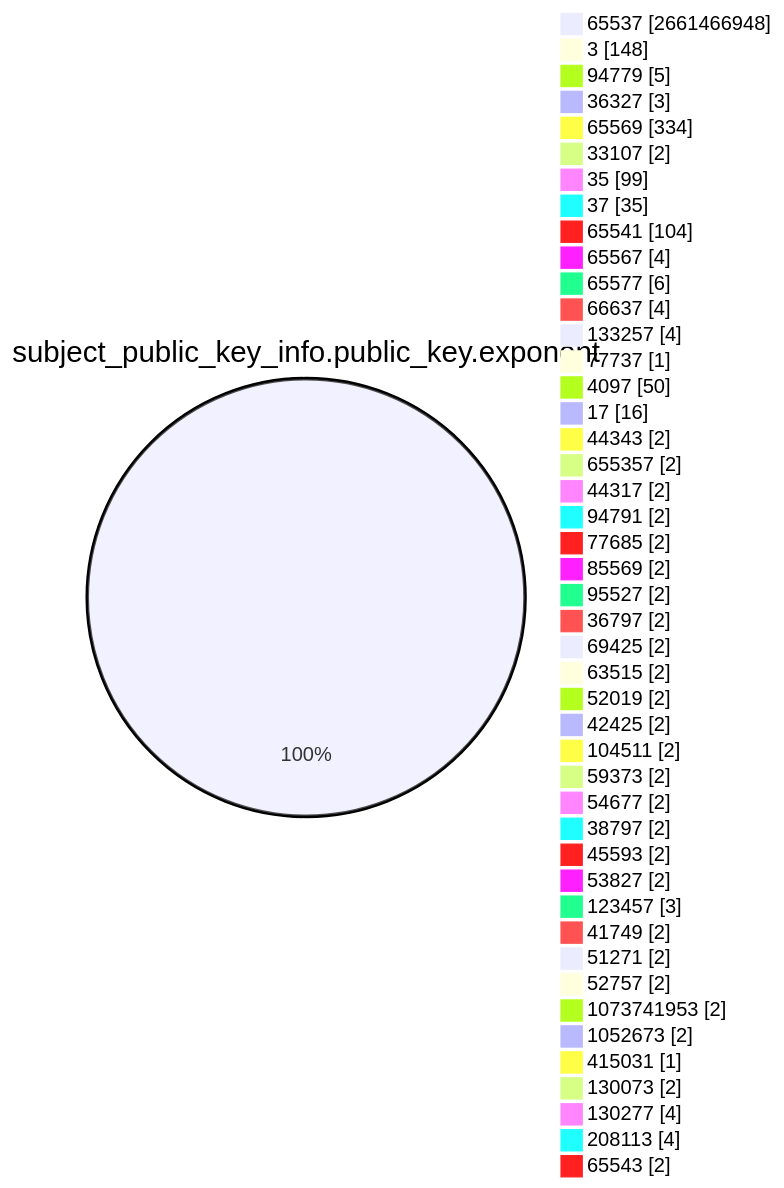
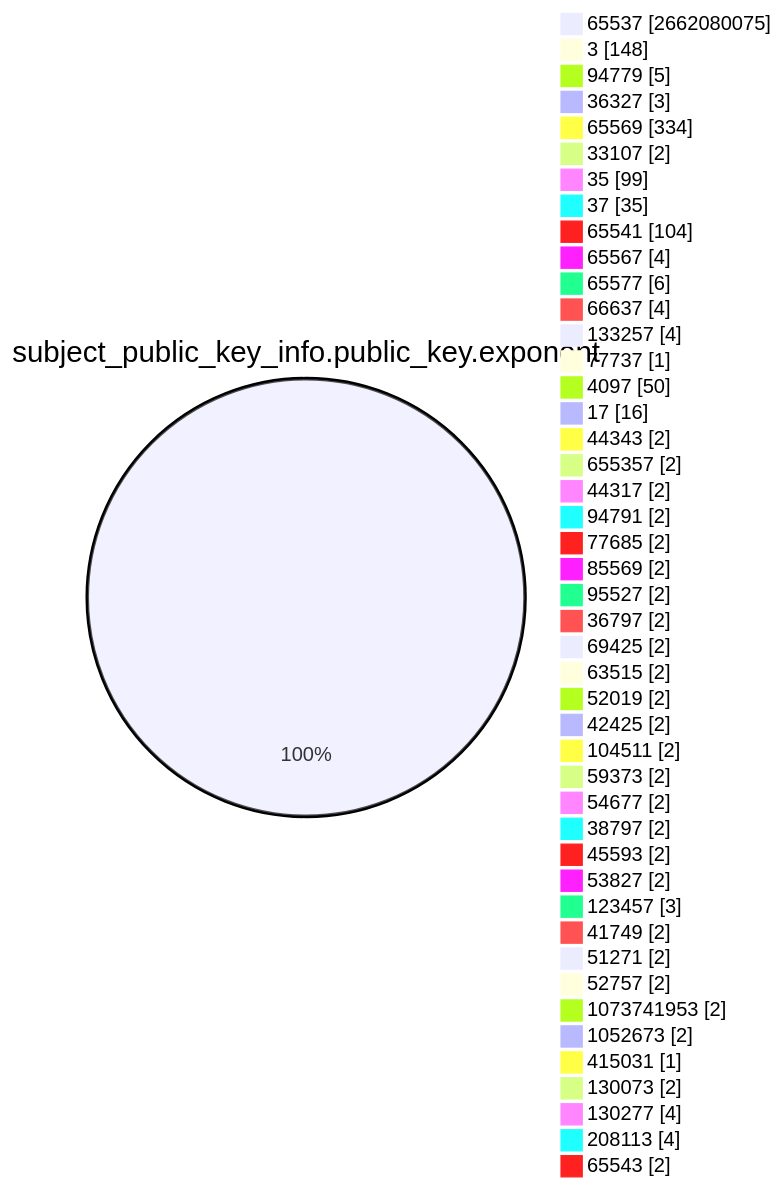
One commit to christiankrug/ctmonitor_visualization changed the fourth of 15 diagrams in TOTAL/README.md. Above: the diagram before and after it, drawn with Mermaid. The commit also changed other lines of this file, not shown here.

````diff
--- a/TOTAL/README.md
+++ b/TOTAL/README.md
@@ -1467,49 +1467,49 @@
 ```mermaid
 pie showData
 title subject_public_key_info.public_key.exponent
-"65537" :2661466948
+"65537" :2662080075
 "3" :148
 "94779" :5
 "36327" :3
 "65569" :334
 "33107" :2
 "35" :99
 "37" :35
 "65541" :104
 "65567" :4
 "65577" :6
 "66637" :4
 "133257" :4
 "77737" :1
 "4097" :50
 "17" :16
 "44343" :2
 "655357" :2
 "44317" :2
 "94791" :2
 "77685" :2
 "85569" :2
 "95527" :2
 "36797" :2
 "69425" :2
 "63515" :2
 "52019" :2
 "42425" :2
 "104511" :2
 "59373" :2
 "54677" :2
 "38797" :2
 "45593" :2
 "53827" :2
 "123457" :3
 "41749" :2
 "51271" :2
 "52757" :2
 "1073741953" :2
 "1052673" :2
 "415031" :1
 "130073" :2
 "130277" :4
 "208113" :4
 "65543" :2
 ```
````
